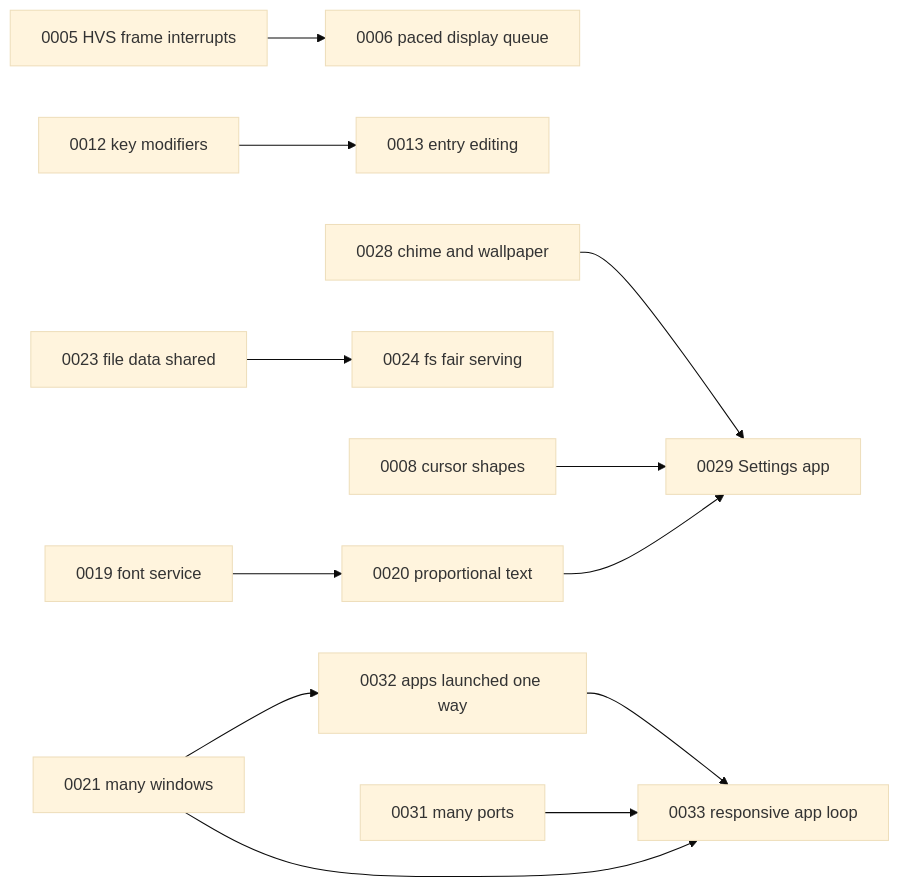
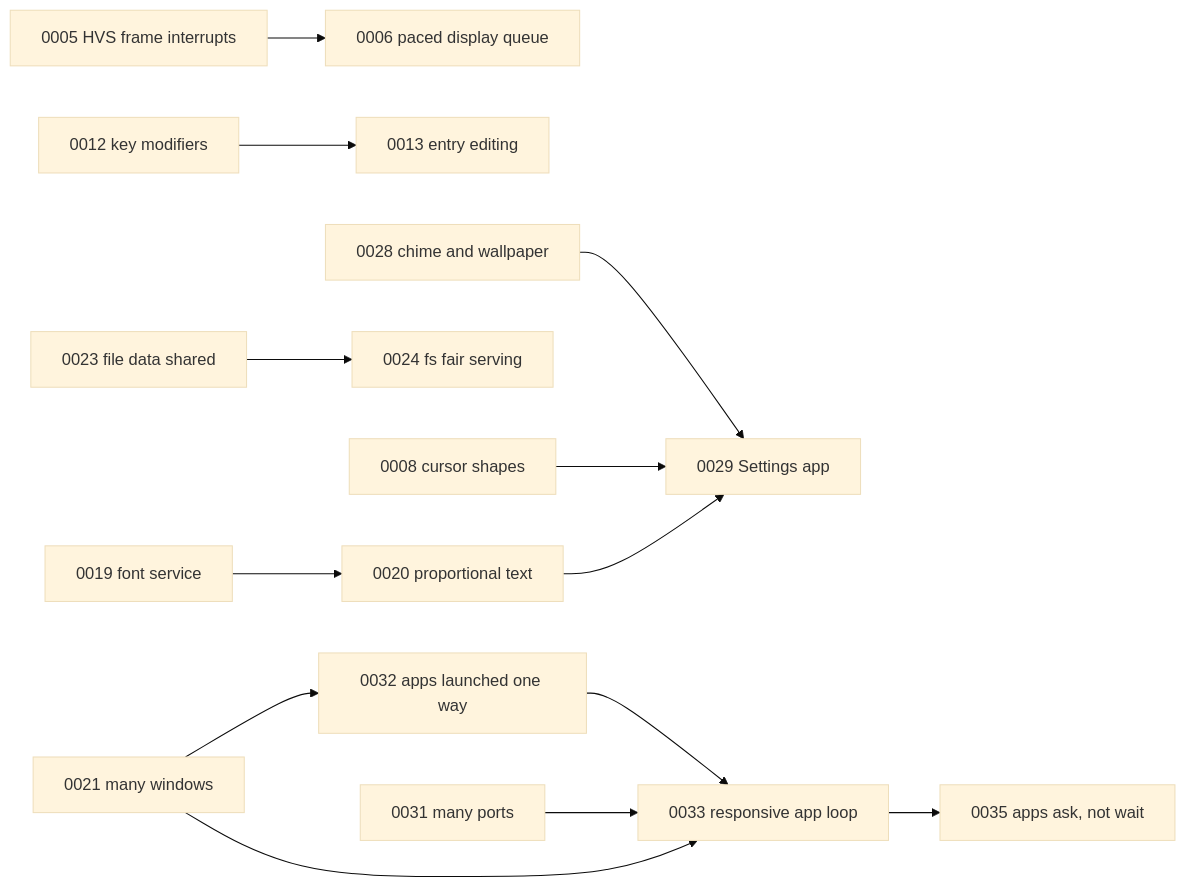
The diagram in roadmap/INDEX.md (misleb/L0S), drawn with Mermaid (base theme) before and after one commit. The commit also changed other lines of this file and 12 other files, not shown here.

First line of the commit message:
The conventions of a responsive app, and the apps under them: roadmap 0033 step 6

````diff
--- a/roadmap/INDEX.md
+++ b/roadmap/INDEX.md
@@ -65,14 +67,15 @@
 ```mermaid
 graph LR
   0005[0005 HVS frame interrupts] --> 0006[0006 paced display queue]
   0012[0012 key modifiers] --> 0013[0013 entry editing]
   0019[0019 font service] --> 0020[0020 proportional text]
   0023[0023 file data shared] --> 0024[0024 fs fair serving]
   0028[0028 chime and wallpaper] --> 0029[0029 Settings app]
   0008[0008 cursor shapes] --> 0029
   0020 --> 0029
   0021[0021 many windows] --> 0032[0032 apps launched one way]
   0032 --> 0033[0033 responsive app loop]
+  0033 --> 0035[0035 apps ask, not wait]
   0031[0031 many ports] --> 0033
   0021 --> 0033
 ```
````
